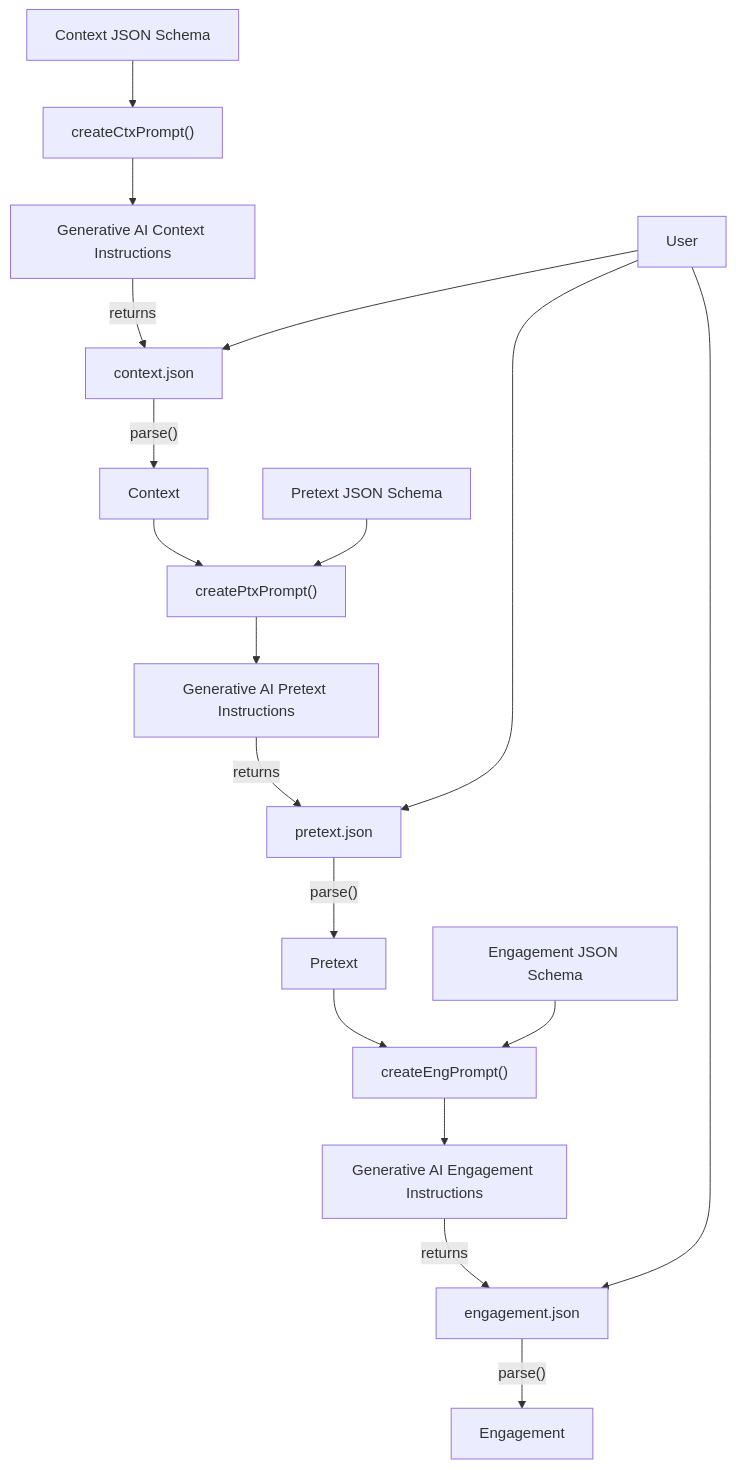
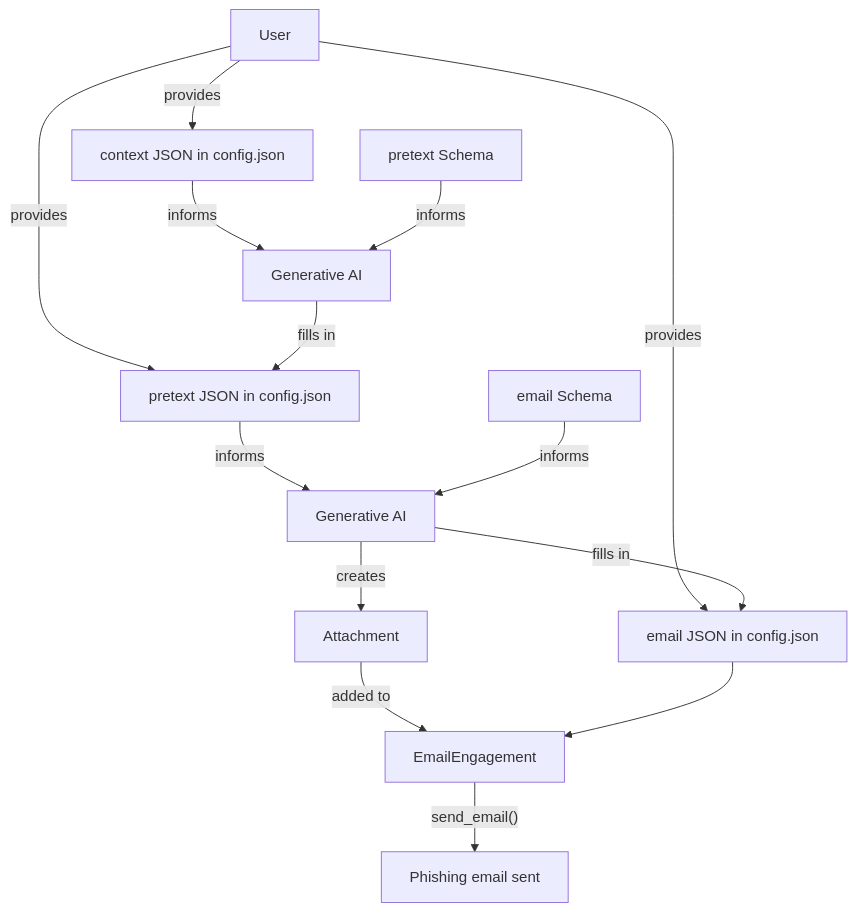
One commit to ropbear/ophishal changed the diagram in README.md. Above: the diagram before and after it, drawn with Mermaid. The commit also changed other lines of this file, not shown here.

Commit message:
adding updated readme

````diff
--- a/README.md
+++ b/README.md
@@ -22,33 +32,37 @@
 ```mermaid
 flowchart TD
-    GenAICtx["Generative AI Context Instructions"]
-    GenAIPtx["Generative AI Pretext Instructions"]
-    GenAIEng["Generative AI Engagement Instructions"]
-    CreateCtxPrompt["createCtxPrompt()"]
-    ContextSchema["Context JSON Schema"]
-    ContextConfig["context.json"]
-    ContextObject["Context"]
-    CreatePtxPrompt["createPtxPrompt()"]
-    PretextSchema["Pretext JSON Schema"]
-    PretextConfig["pretext.json"]
-    PretextObject["Pretext"]
-    EngagementSchema["Engagement JSON Schema"]
-    CreateEngPrompt["createEngPrompt()"]
-    EngagementConfig["engagement.json"]
+    ContextConfig["context JSON in config.json"]
+    PretextConfig["pretext JSON in config.json"]
+    EngagementConfig["email JSON in config.json"]
+
+    PretextSchema["pretext Schema"]
+    EmailEngagementSchema["email Schema"]
+
     User["User"]
-    EngagementObject["Engagement"]
+    PtxGenAI["Generative AI"]
+    EngGenAI["Generative AI"]
+    EmailEngagement["EmailEngagement"]
+    AttachmentTemplate["Attachment"]
+    SendEmail["Phishing email sent"]
 
-    User --> ContextConfig
-    ContextSchema --> CreateCtxPrompt --> GenAICtx -- returns --> ContextConfig
-    ContextConfig -- parse() --> ContextObject
-    ContextObject --> CreatePtxPrompt --> GenAIPtx
-    PretextSchema --> CreatePtxPrompt
-    GenAIPtx -- returns --> PretextConfig
-    User --> PretextConfig
-    PretextConfig -- parse() --> PretextObject
-    PretextObject --> CreateEngPrompt --> GenAIEng
-    EngagementSchema --> CreateEngPrompt
-    GenAIEng -- returns --> EngagementConfig
-    User --> EngagementConfig
-    EngagementConfig -- parse() --> EngagementObject
+    User -- provides --> ContextConfig
+    User -- provides --> PretextConfig
+    User -- provides --> EngagementConfig
+
+    ContextConfig -- informs --> PtxGenAI
+    PretextSchema -- informs --> PtxGenAI
+
+    PtxGenAI -- fills in --> PretextConfig
+
+    PretextConfig -- informs --> EngGenAI
+    EmailEngagementSchema -- informs --> EngGenAI
+
+
+    EngGenAI -- fills in --> EngagementConfig
+    EngGenAI -- creates --> AttachmentTemplate
+
+    AttachmentTemplate -- added to --> EmailEngagement
+    EngagementConfig --> EmailEngagement
+    
+    EmailEngagement -- send_email() --> SendEmail
 ```
````
